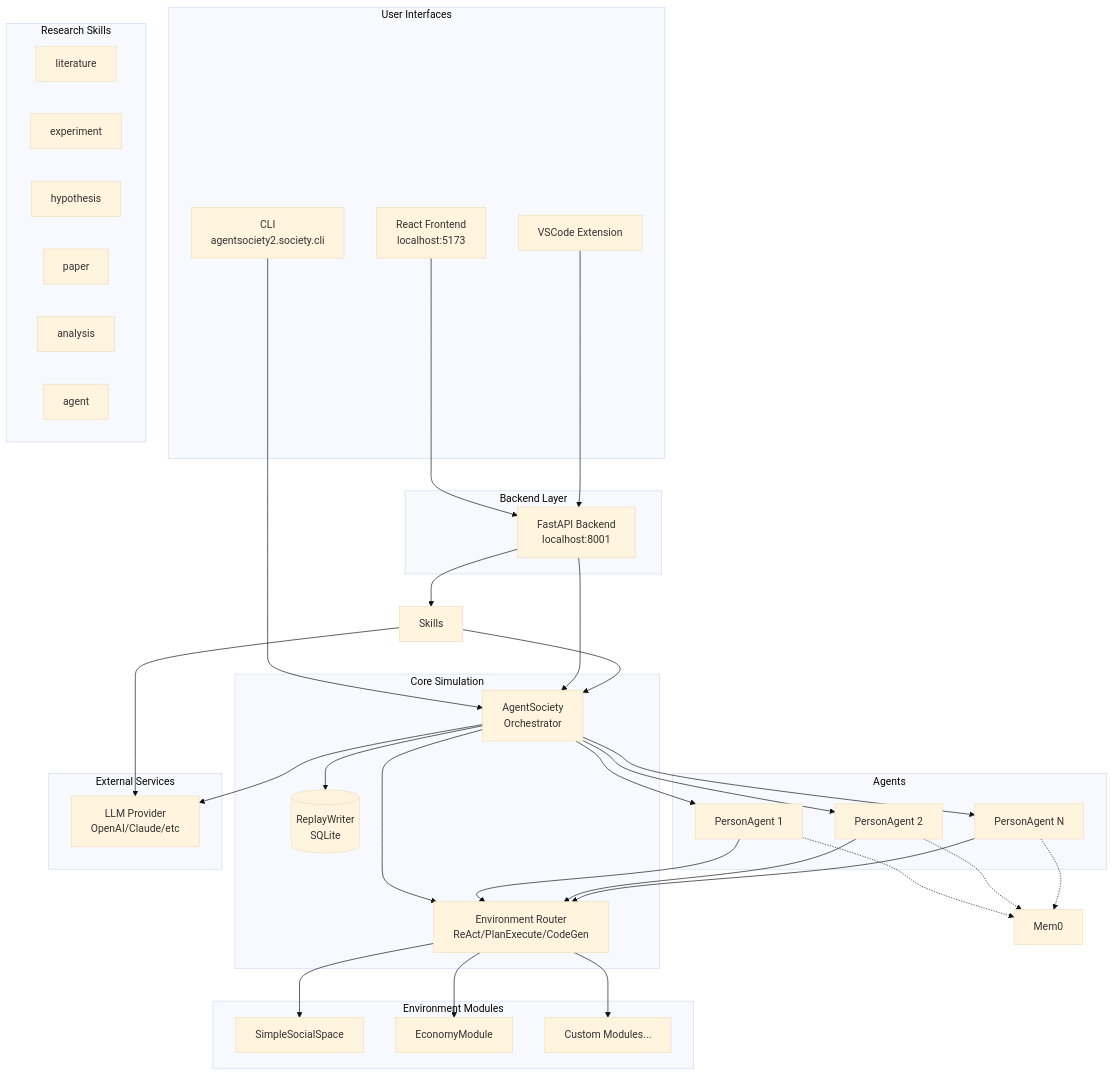
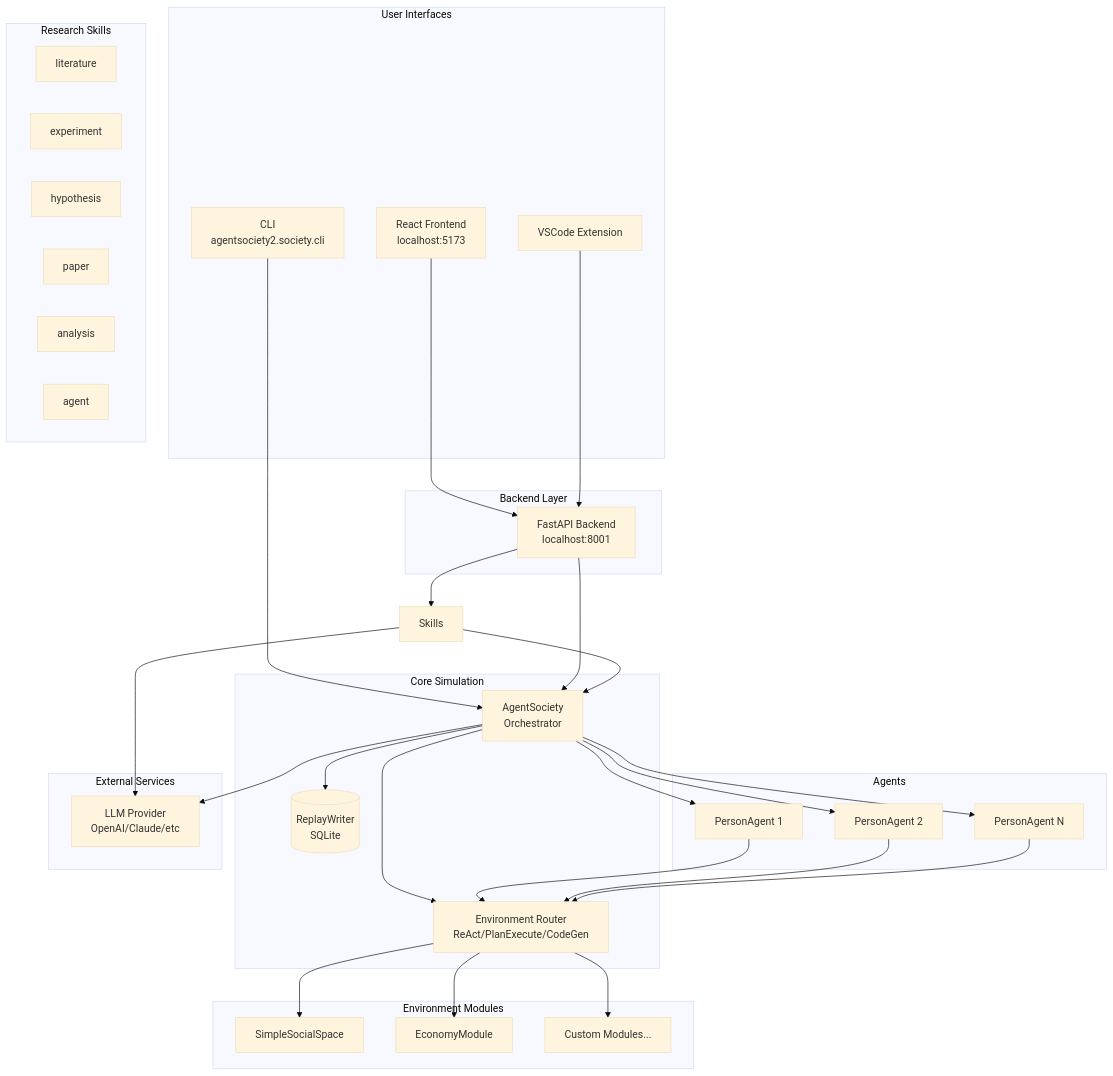
The first of 6 diagrams in CLAUDE.md (miaoqijun/AgentSociety), drawn with Mermaid (base theme) before and after one commit. The commit also changed other lines of this file and 128 other files, not shown here.

````diff
--- a/CLAUDE.md
+++ b/CLAUDE.md
@@ -109,71 +109,67 @@
 ```mermaid
 graph TB
     subgraph "User Interfaces"
         CLI[CLI<br/>agentsociety2.society.cli]
         Frontend[React Frontend<br/>localhost:5173]
         VSCode[VSCode Extension]
     end
 
     subgraph "Backend Layer"
         API[FastAPI Backend<br/>localhost:8001]
     end
 
     subgraph "Core Simulation"
         Society[AgentSociety<br/>Orchestrator]
         Router[Environment Router<br/>ReAct/PlanExecute/CodeGen]
         Storage[(ReplayWriter<br/>SQLite)]
     end
 
     subgraph "Agents"
         Agent1[PersonAgent 1]
         Agent2[PersonAgent 2]
         AgentN[PersonAgent N]
     end
 
     subgraph "Environment Modules"
         Env1[SimpleSocialSpace]
         Env2[EconomyModule]
         EnvN[Custom Modules...]
     end
 
     subgraph "Research Skills"
         Lit[literature]
         Exp[experiment]
         Hyp[hypothesis]
         Paper[paper]
         Analysis[analysis]
         Agent[agent]
     end
 
     subgraph "External Services"
         LLM[LLM Provider<br/>OpenAI/Claude/etc]
     end
 
     CLI --> Society
     Frontend --> API
     VSCode --> API
     API --> Society
     API --> Skills
 
     Society --> Router
     Society --> Storage
     Society --> Agent1
     Society --> Agent2
     Society --> AgentN
 
     Router --> Env1
     Router --> Env2
     Router --> EnvN
 
     Agent1 --> Router
     Agent2 --> Router
     AgentN --> Router
 
     Skills --> Society
     Skills --> LLM
     Society --> LLM
-
-    Agent1 -.-> Mem0
-    Agent2 -.-> Mem0
-    AgentN -.-> Mem0
 ```
````
